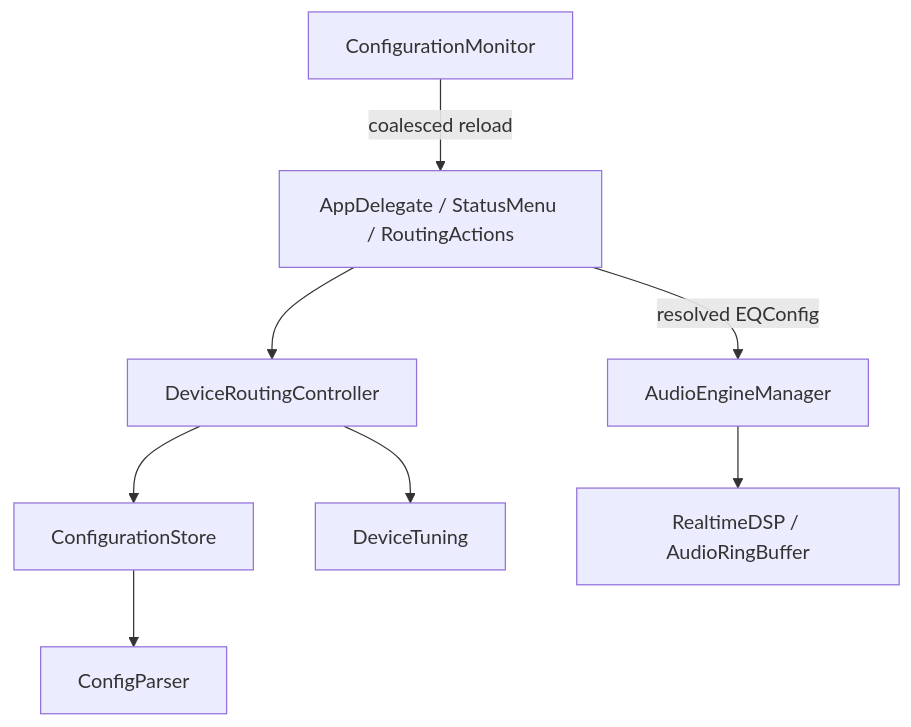
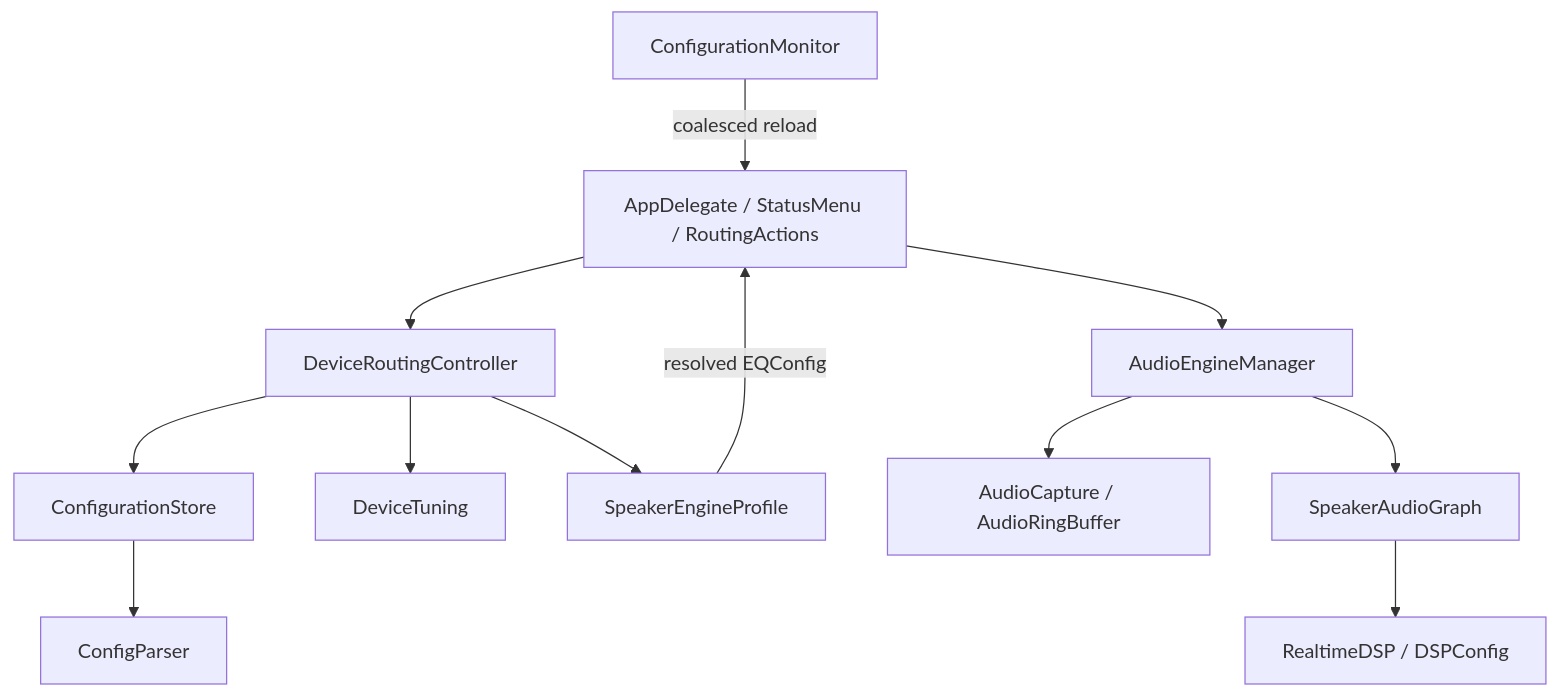
Before and after one commit to EmilyTsum/MiraEQ: the diagram in docs/architecture.md, drawn with Mermaid. The commit also changed other lines of this file and 4 other files, not shown here.

````diff
--- a/docs/architecture.md
+++ b/docs/architecture.md
@@ -9,10 +9,14 @@
 ```mermaid
 flowchart TD
     Menu[AppDelegate / StatusMenu / RoutingActions] --> Routing[DeviceRoutingController]
     Monitor[ConfigurationMonitor] -->|coalesced reload| Menu
     Routing --> Store[ConfigurationStore]
     Store --> Parser[ConfigParser]
     Routing --> Tuning[DeviceTuning]
-    Menu -->|resolved EQConfig| Engine[AudioEngineManager]
-    Engine --> DSP[RealtimeDSP / AudioRingBuffer]
+    Routing --> Profile[SpeakerEngineProfile]
+    Profile -->|resolved EQConfig| Menu
+    Menu --> Engine[AudioEngineManager]
+    Engine --> Capture[AudioCapture / AudioRingBuffer]
+    Engine --> Graph[SpeakerAudioGraph]
+    Graph --> DSP[RealtimeDSP / DSPConfig]
 ```
````
